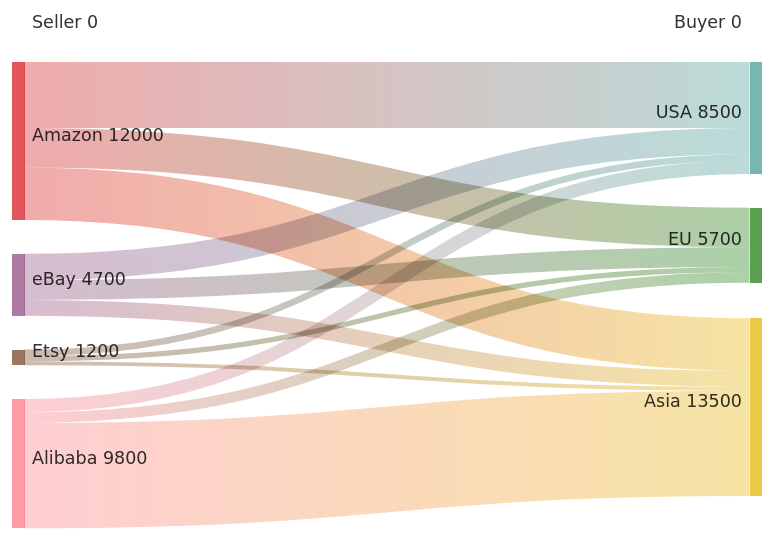
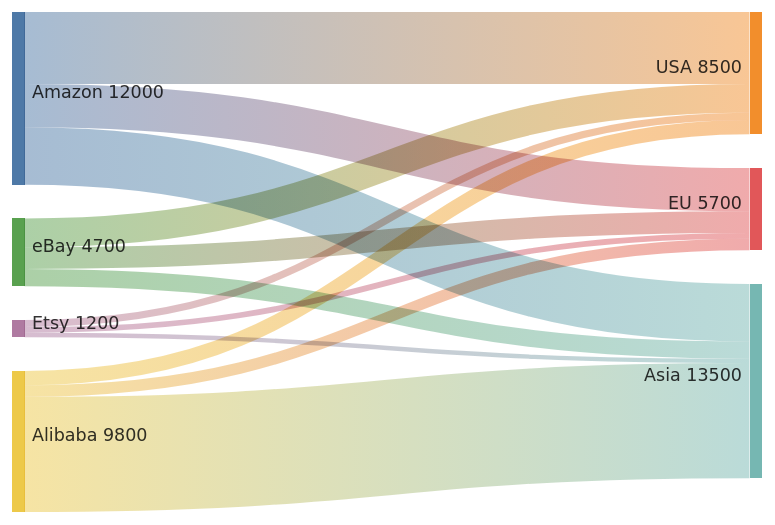
Diagram 17 of 19 in plugins/obsidian-blocks/skills/mermaid-diagramming/sankey.md (BitYoungjae/marketplace), drawn with Mermaid before and after one commit. The commit also changed other lines of this file and 14 other files, not shown here.

First line of the commit message:
feat(obsidian-blocks): add Session 3 Mermaid diagrams

````diff
--- a/plugins/obsidian-blocks/skills/mermaid-diagramming/sankey.md
+++ b/plugins/obsidian-blocks/skills/mermaid-diagramming/sankey.md
@@ -284,17 +336,17 @@
 ```mermaid
-sankey
+sankey-beta
 
-Seller,Buyer,Amount
+%% E-commerce marketplace distribution
 Amazon,USA,5000
 Amazon,EU,3000
 Amazon,Asia,4000
 eBay,USA,2000
 eBay,EU,1500
 eBay,Asia,1200
 Alibaba,USA,1000
 Alibaba,EU,800
 Alibaba,Asia,8000
 Etsy,USA,500
 Etsy,EU,400
 Etsy,Asia,300
 ```
````
